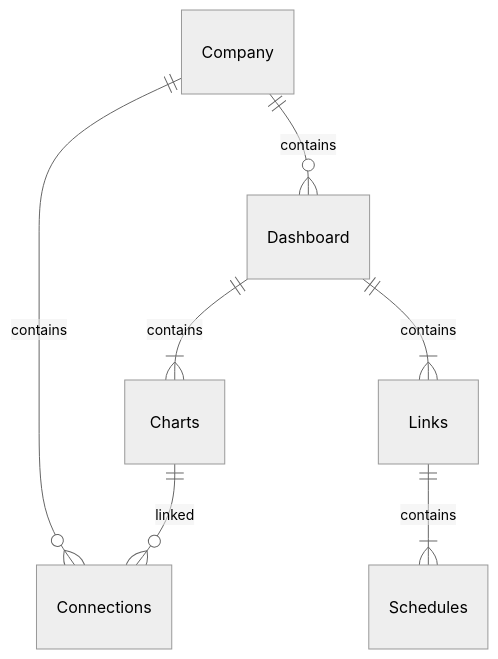
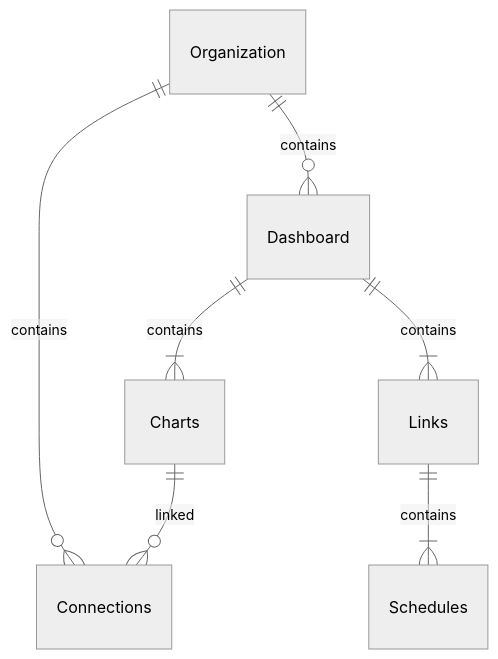
The diagram in README.md (ZeelixInc/sumboard.github.io), drawn with Mermaid (neutral theme) before and after one commit. The commit also changed 7 other files, not shown here.

````diff
--- a/README.md
+++ b/README.md
@@ -7,9 +7,9 @@
 ```mermaid
 erDiagram
-    Company ||--o{ Dashboard : contains
-    Company ||--o{ Connections : contains
+    Organization ||--o{ Dashboard : contains
+    Organization ||--o{ Connections : contains
     Dashboard ||--|{ Charts : contains
     Dashboard ||--|{ Links : contains
     Links ||--|{ Schedules : contains
     Charts ||--o{ Connections : linked
 ```
````
